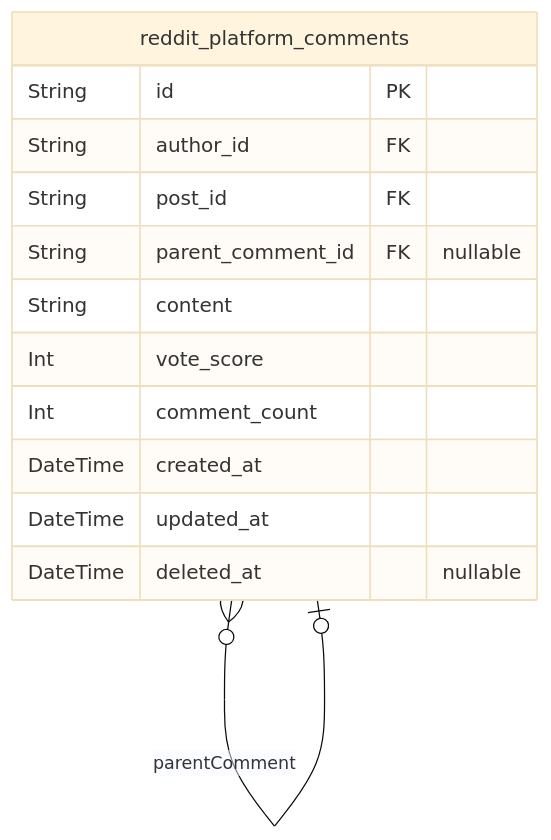
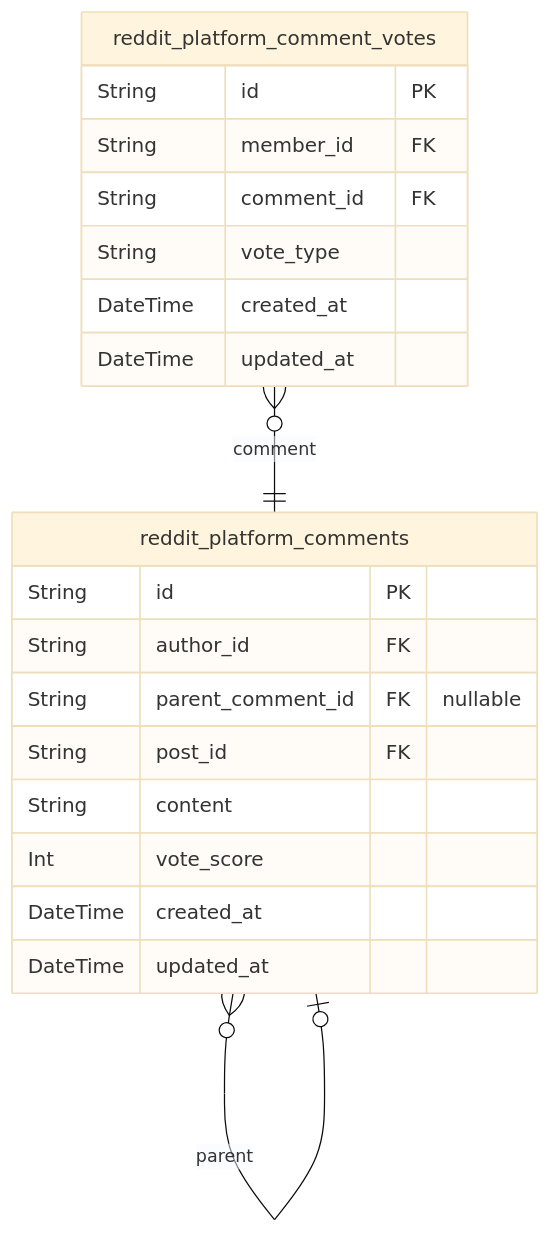
The fifth of 9 diagrams in qwen/qwen3-coder-next/reddit/docs/ERD.md (wrtnlabs/autobe-examples), drawn with Mermaid (base theme) before and after one commit. The commit also changed other lines of this file and 3171 other files, not shown here.

````diff
--- a/qwen/qwen3-coder-next/reddit/docs/ERD.md
+++ b/qwen/qwen3-coder-next/reddit/docs/ERD.md
@@ -698,16 +555,23 @@
 ```mermaid
 erDiagram
 "reddit_platform_comments" {
   String id PK
   String author_id FK
+  String parent_comment_id FK "nullable"
   String post_id FK
-  String parent_comment_id FK "nullable"
   String content
   Int vote_score
-  Int comment_count
   DateTime created_at
   DateTime updated_at
-  DateTime deleted_at "nullable"
 }
-"reddit_platform_comments" }o--o| "reddit_platform_comments" : parentComment
+"reddit_platform_comment_votes" {
+  String id PK
+  String member_id FK
+  String comment_id FK
+  String vote_type
+  DateTime created_at
+  DateTime updated_at
+}
+"reddit_platform_comments" }o--o| "reddit_platform_comments" : parent
+"reddit_platform_comment_votes" }o--|| "reddit_platform_comments" : comment
 ```
````
